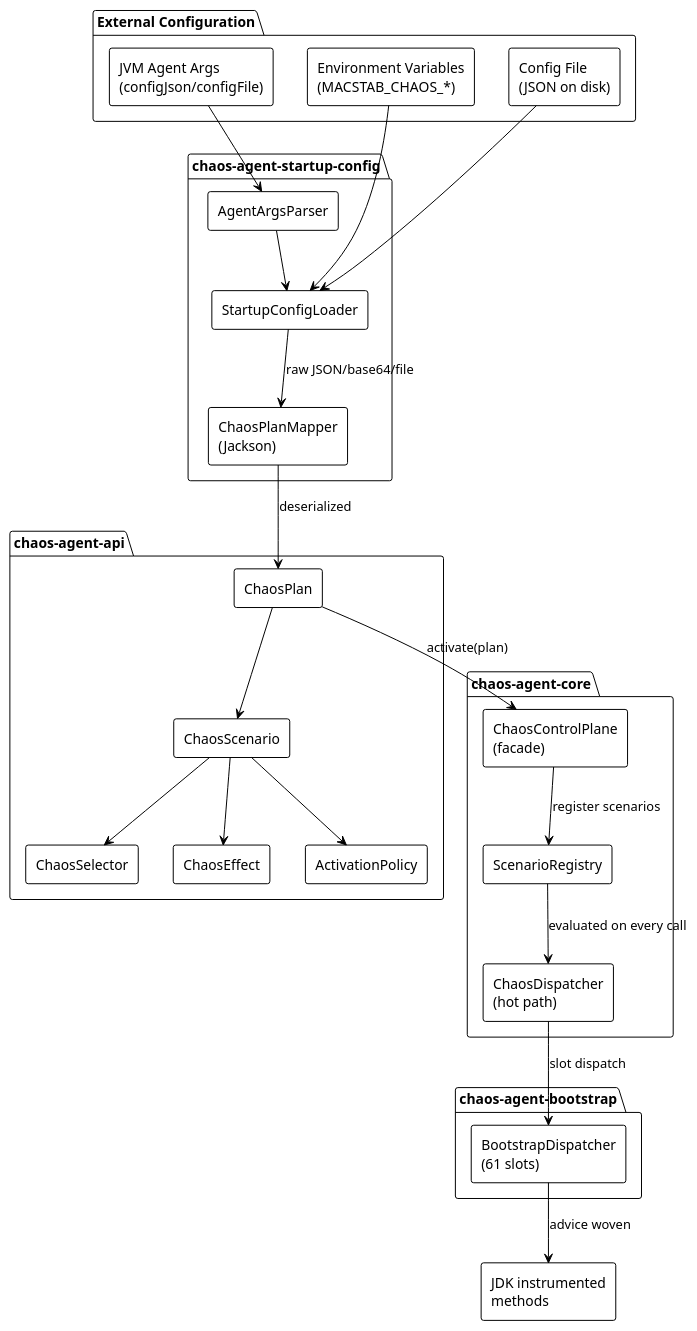
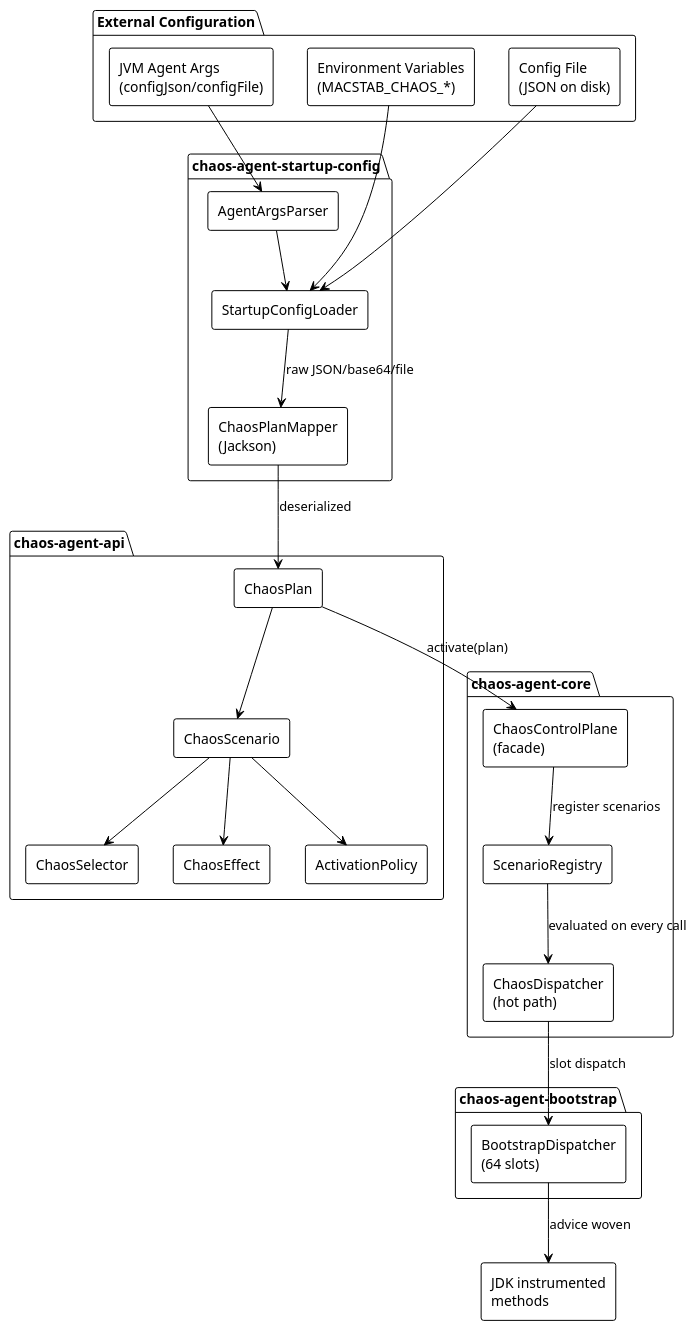
One commit to macstab/macstab-chaos-jvm-agent changed the first of 2 diagrams in docs/configuration-reference.md. Above: the diagram before and after it, drawn with PlantUML. The commit also changed other lines of this file and 3 other files, not shown here.

````diff
--- a/docs/configuration-reference.md
+++ b/docs/configuration-reference.md
@@ -246,52 +246,52 @@
 ```plantuml
 @startuml chaos-config-components
 !theme plain
 skinparam componentStyle rectangle
 
 package "External Configuration" {
   [JVM Agent Args\n(configJson/configFile)] as AgentArgs
   [Environment Variables\n(MACSTAB_CHAOS_*)] as EnvVars
   [Config File\n(JSON on disk)] as ConfigFile
 }
 
 package "chaos-agent-startup-config" {
   [StartupConfigLoader] as SCL
   [AgentArgsParser] as AAP
   [ChaosPlanMapper\n(Jackson)] as CPM
 }
 
 package "chaos-agent-api" {
   [ChaosPlan] as Plan
   [ChaosScenario] as Scenario
   [ChaosSelector] as Selector
   [ChaosEffect] as Effect
   [ActivationPolicy] as Policy
 }
 
 package "chaos-agent-core" {
   [ChaosControlPlane\n(facade)] as CCP
   [ScenarioRegistry] as SR
   [ChaosDispatcher\n(hot path)] as CD
 }
 
 package "chaos-agent-bootstrap" {
-  [BootstrapDispatcher\n(61 slots)] as BD
+  [BootstrapDispatcher\n(64 slots)] as BD
 }
 
 AgentArgs --> AAP
 EnvVars --> SCL
 ConfigFile --> SCL
 AAP --> SCL
 SCL --> CPM : raw JSON/base64/file
 CPM --> Plan : deserialized
 Plan --> Scenario
 Scenario --> Selector
 Scenario --> Effect
 Scenario --> Policy
 Plan --> CCP : activate(plan)
 CCP --> SR : register scenarios
 SR --> CD : evaluated on every call
 CD --> BD : slot dispatch
 BD --> [JDK instrumented\nmethods] : advice woven
 @enduml
 ```
````
